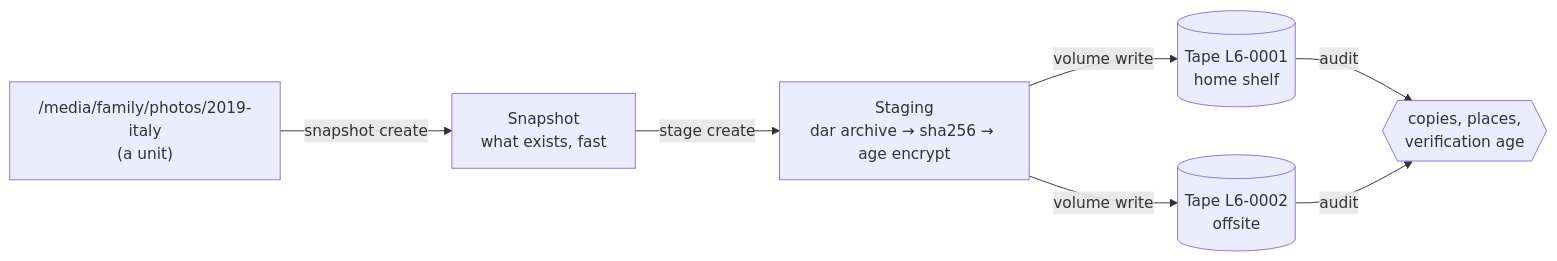
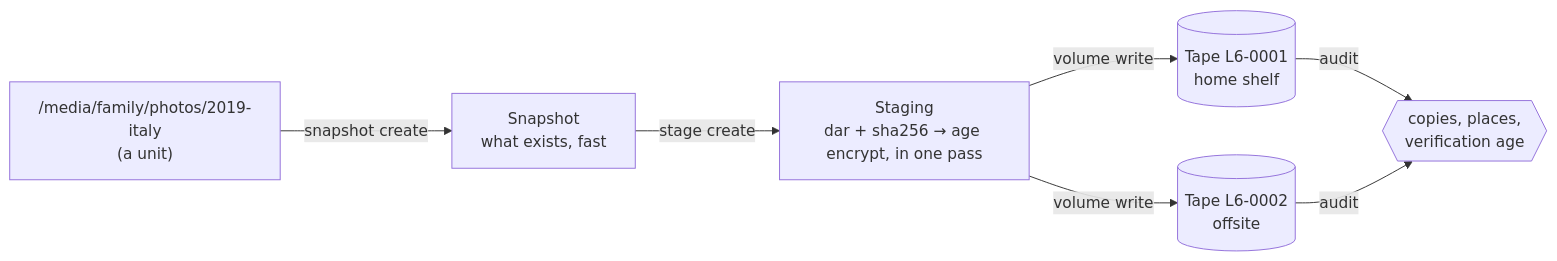
One commit to mikmorg/tapectl changed the diagram in README.md. Above: the diagram before and after it, drawn with Mermaid. The commit also changed 8 other files, not shown here.

````diff
--- a/README.md
+++ b/README.md
@@ -12,8 +12,8 @@
 ```mermaid
 flowchart LR
     D["/media/family/photos/2019-italy<br/>(a unit)"] -->|snapshot create| S[Snapshot<br/>what exists, fast]
-    S -->|stage create| G["Staging<br/>dar archive → sha256 → age encrypt"]
+    S -->|stage create| G["Staging<br/>dar + sha256 → age encrypt, in one pass"]
     G -->|volume write| T1[("Tape L6-0001<br/>home shelf")]
     G -->|volume write| T2[("Tape L6-0002<br/>offsite")]
     T1 & T2 -->|audit| A{{copies, places,<br/>verification age}}
 ```
````
